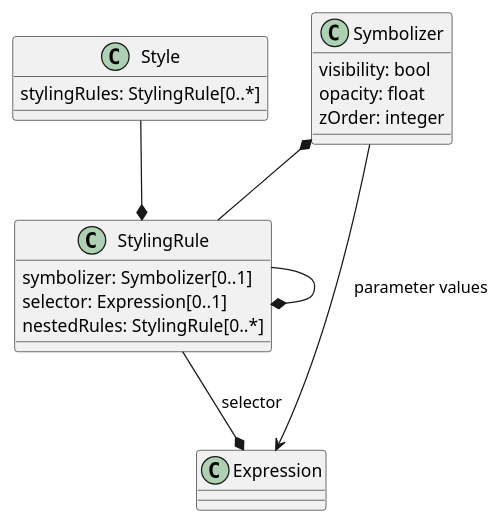
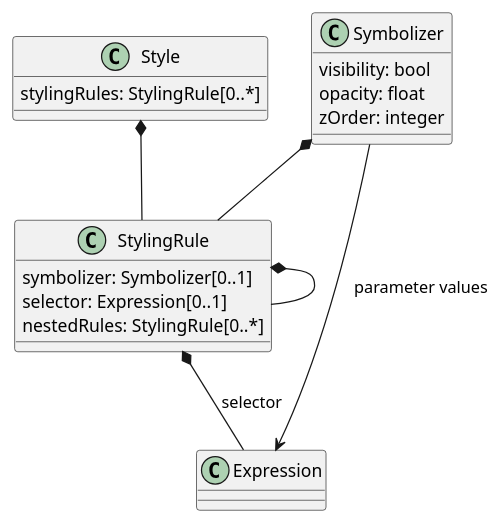
Before and after one commit to opengeospatial/styles-and-symbology: the first of 5 diagrams in core/sections/clause_7_core.adoc, drawn with PlantUML. The commit also changed other lines of this file and 10 other files, not shown here.

```diff
--- a/core/sections/clause_7_core.adoc
+++ b/core/sections/clause_7_core.adoc
@@ -9,21 +9,21 @@
 [plantuml, target=diagram-classes, format=png]
 ....
 Style : stylingRules: StylingRule[0..*]
-Style --* StylingRule
+Style *-- StylingRule
 
 StylingRule : symbolizer: Symbolizer[0..1]
 StylingRule : selector: Expression[0..1]
 StylingRule : nestedRules: StylingRule[0..*]
-StylingRule --* StylingRule
-StylingRule --* Expression : selector
+StylingRule *-- StylingRule
+StylingRule *-- Expression : selector
 
 Symbolizer : visibility: bool
 Symbolizer : opacity: float
 Symbolizer : zOrder: integer
 Symbolizer *-- StylingRule
 Symbolizer --> Expression : parameter values
 
 /'Note: zOrder needs discussion on whether it should be relative or float
 and how to relate to encodings where the visual priority order
 comes from the order of the rules.'/
 ....
```
